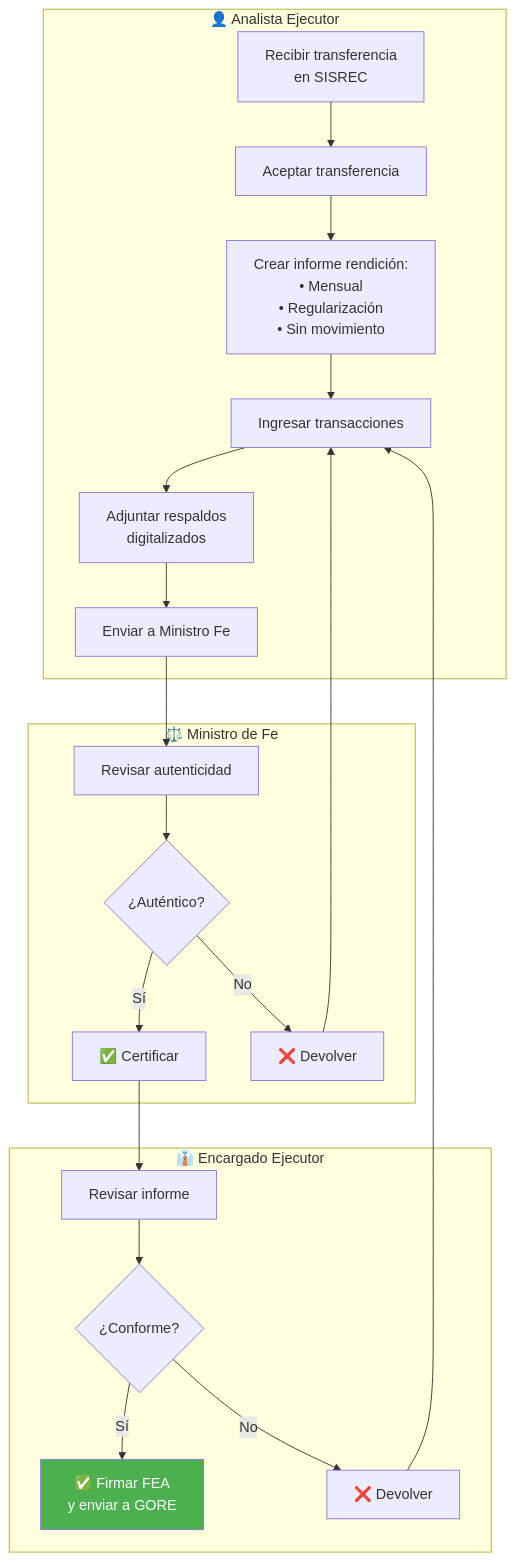
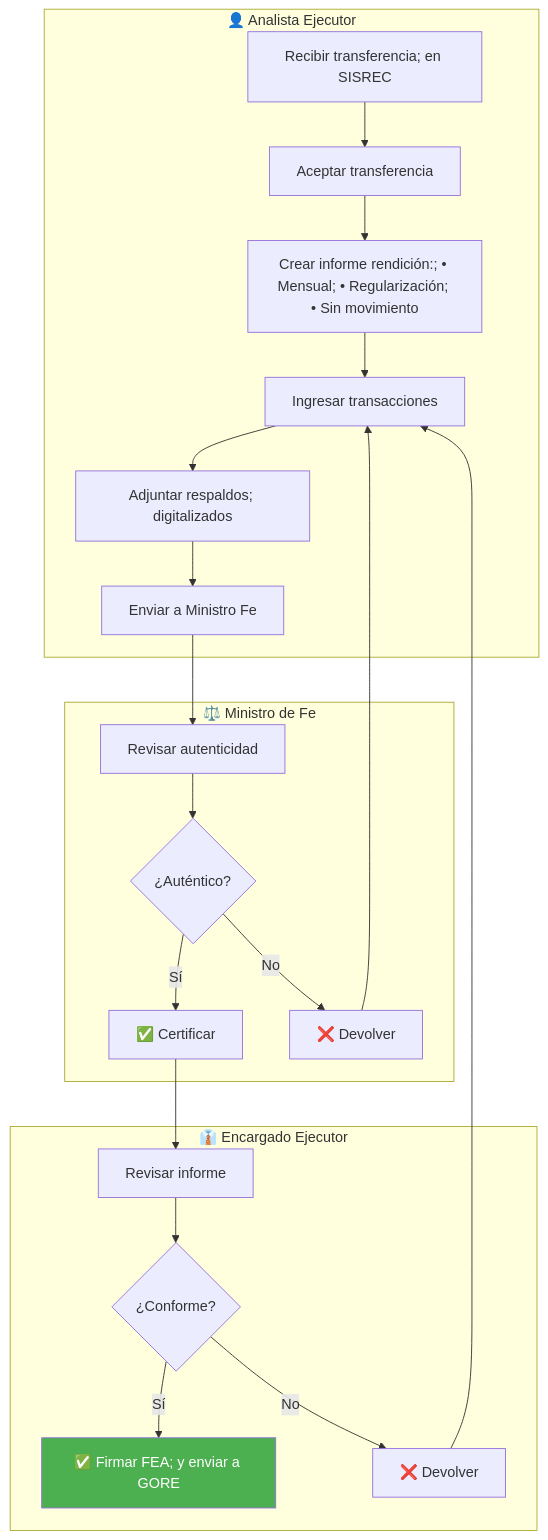
One commit to felix-antonio-sl/kora changed the fifth of 8 diagrams in drafts/gn/bpmn/bpmn-d08-rendiciones.md. Above: the diagram before and after it, drawn with Mermaid. The commit also changed other lines of this file and 265 other files, not shown here.

````diff
--- a/drafts/gn/bpmn/bpmn-d08-rendiciones.md
+++ b/drafts/gn/bpmn/bpmn-d08-rendiciones.md
@@ -188,29 +210,33 @@
 ```mermaid
 flowchart TD
-    subgraph ANALISTA["👤 Analista Ejecutor"]
-        A["Recibir transferencia<br/>en SISREC"]
-        B["Aceptar transferencia"]
-        C["Crear informe rendición:<br/>• Mensual<br/>• Regularización<br/>• Sin movimiento"]
-        D["Ingresar transacciones"]
-        E["Adjuntar respaldos<br/>digitalizados"]
-        F["Enviar a Ministro Fe"]
-    end
-    subgraph MF["⚖️ Ministro de Fe"]
-        G["Revisar autenticidad"]
-        H{"¿Auténtico?"}
-        I["✅ Certificar"]
-        J["❌ Devolver"]
-    end
-    subgraph ENCARGADO["👔 Encargado Ejecutor"]
-        K["Revisar informe"]
-        L{"¿Conforme?"}
-        M["✅ Firmar FEA<br/>y enviar a GORE"]
-        N["❌ Devolver"]
-    end
-    A --> B --> C --> D --> E --> F --> G --> H
-    H -->|"Sí"| I --> K --> L
-    H -->|"No"| J --> D
-    L -->|"Sí"| M
-    L -->|"No"| N --> D
-    style M fill:#4CAF50,color:#fff
+ subgraph ANALISTA["👤 Analista Ejecutor"]
+ A["Recibir transferencia; en SISREC"]
+ B["Aceptar transferencia"]
+ C["Crear informe rendición:; • Mensual; • Regularización; • Sin movimiento"]
+ D["Ingresar transacciones"]
+ E["Adjuntar respaldos; digitalizados"]
+ F["Enviar a Ministro Fe"]
+ end
+
+ subgraph MF["⚖️ Ministro de Fe"]
+ G["Revisar autenticidad"]
+ H{"¿Auténtico?"}
+ I["✅ Certificar"]
+ J["❌ Devolver"]
+ end
+
+ subgraph ENCARGADO["👔 Encargado Ejecutor"]
+ K["Revisar informe"]
+ L{"¿Conforme?"}
+ M["✅ Firmar FEA; y enviar a GORE"]
+ N["❌ Devolver"]
+ end
+
+ A --> B --> C --> D --> E --> F --> G --> H
+ H -->|"Sí"| I --> K --> L
+ H -->|"No"| J --> D
+ L -->|"Sí"| M
+ L -->|"No"| N --> D
+
+ style M fill:#4CAF50,color:#fff
 ```
````
